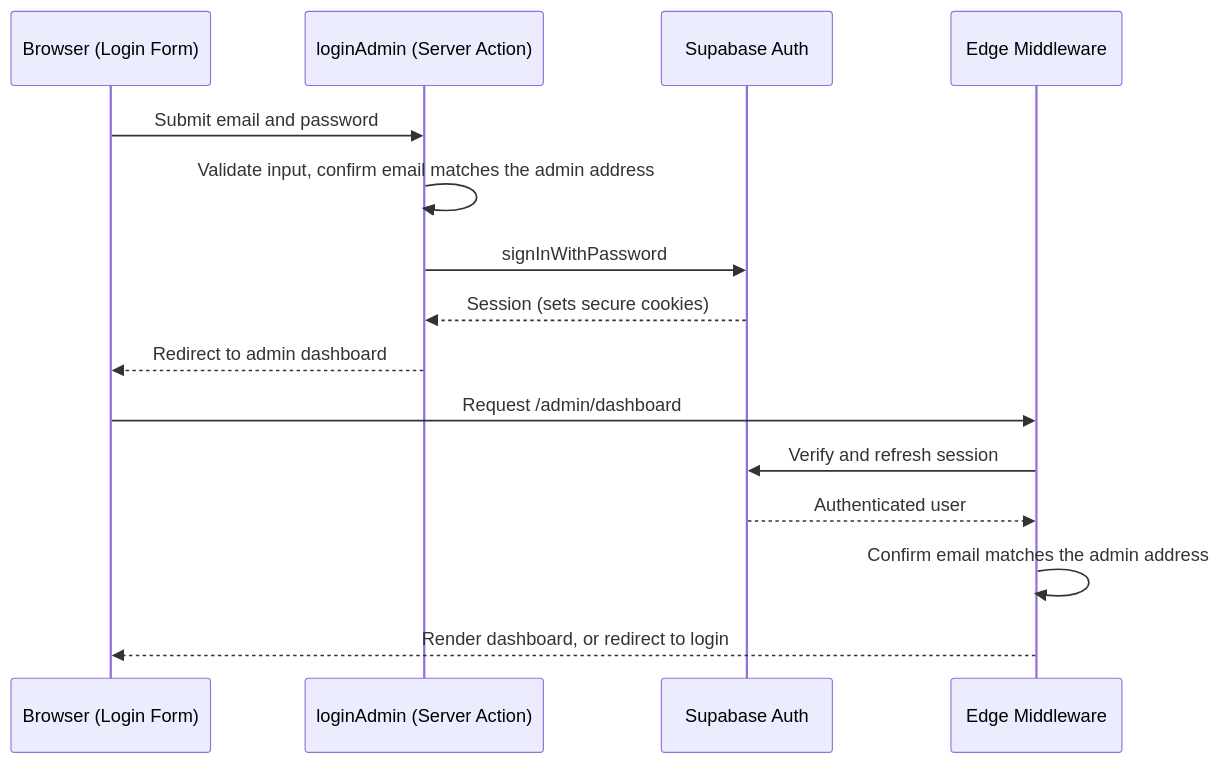
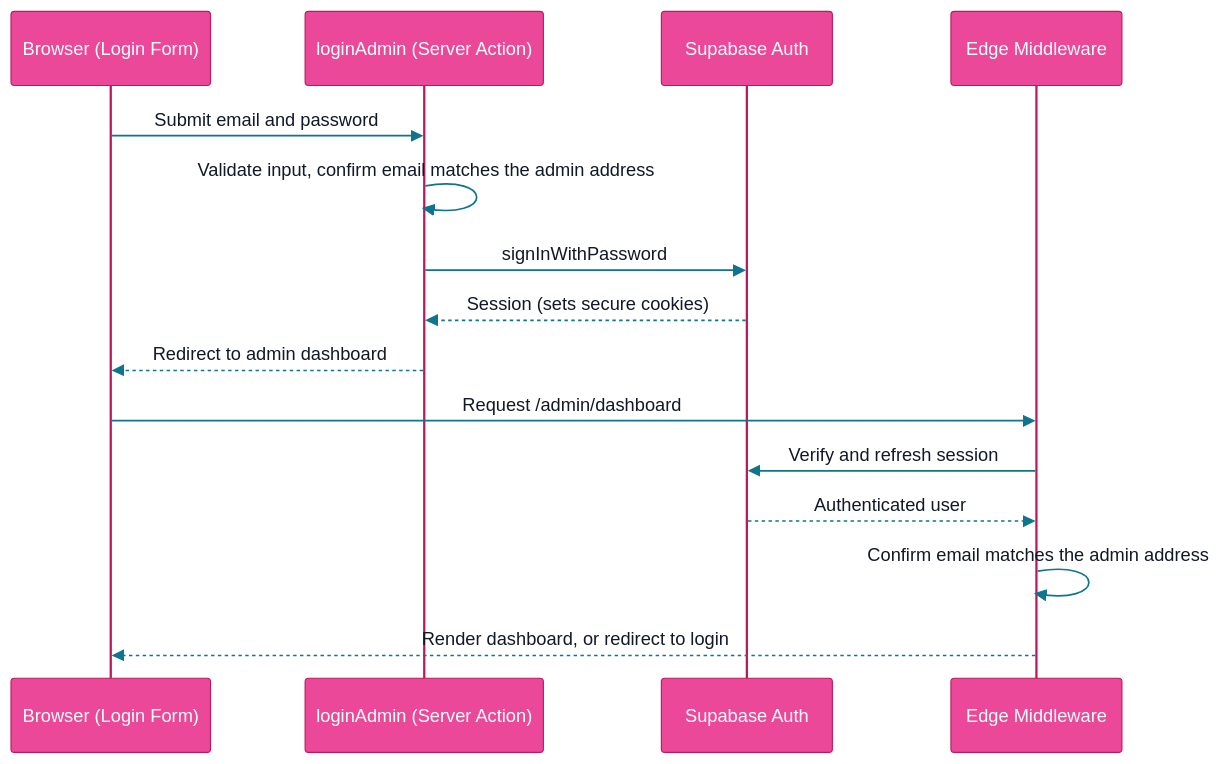
One commit to AaryaMakthala/GJR-EVENTS changed the third of 6 diagrams in README.md. Above: the diagram before and after it, drawn with Mermaid. The commit also changed other lines of this file, not shown here.

````diff
--- a/README.md
+++ b/README.md
@@ -170,18 +187,24 @@
 ```mermaid
+%%{init: {'theme':'base', 'themeVariables': {
+  'actorBkg': '#ec4899', 'actorBorder': '#be185d', 'actorTextColor': '#ffffff',
+  'signalColor': '#0e7490', 'signalTextColor': '#111827',
+  'noteBkgColor': '#dbeafe', 'noteBorderColor': '#3b82f6',
+  'sequenceNumberColor': '#ffffff'
+}}}%%
 sequenceDiagram
     participant B as Browser (Login Form)
     participant SA as loginAdmin (Server Action)
     participant Auth as Supabase Auth
     participant MW as Edge Middleware
 
     B->>SA: Submit email and password
     SA->>SA: Validate input, confirm email matches the admin address
     SA->>Auth: signInWithPassword
     Auth-->>SA: Session (sets secure cookies)
     SA-->>B: Redirect to admin dashboard
     B->>MW: Request /admin/dashboard
     MW->>Auth: Verify and refresh session
     Auth-->>MW: Authenticated user
     MW->>MW: Confirm email matches the admin address
     MW-->>B: Render dashboard, or redirect to login
 ```
````
